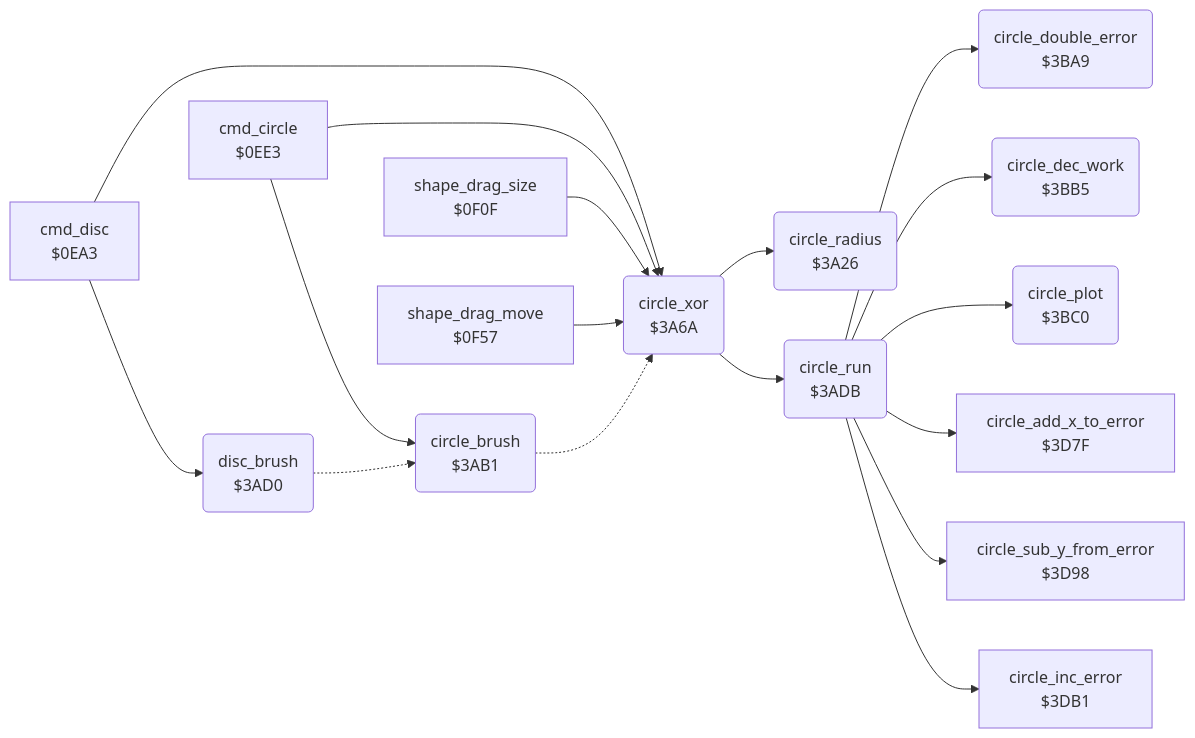
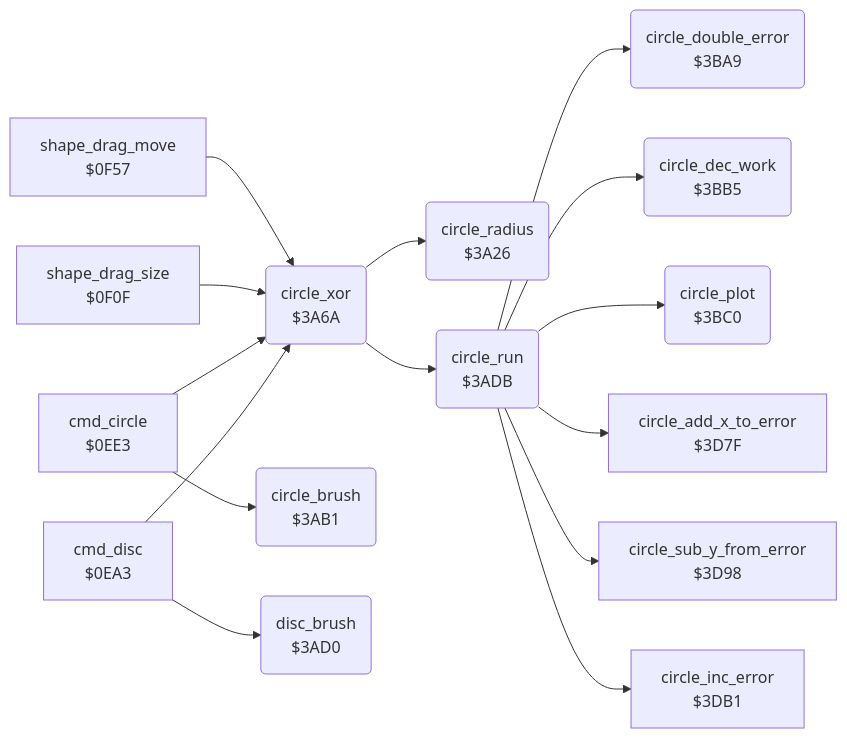
One commit to henols/c64_games changed the diagram in koala_painter/v1/docs/reference/modules/graphics/circle.md. Above: the diagram before and after it, drawn with Mermaid. The commit also changed other lines of this file and 1100 other files, not shown here.

````diff
--- a/koala_painter/v1/docs/reference/modules/graphics/circle.md
+++ b/koala_painter/v1/docs/reference/modules/graphics/circle.md
@@ -10,34 +23,32 @@
 ```mermaid
 flowchart LR
   n0ea3["cmd_disc<br/>$0EA3"]
   n0ee3["cmd_circle<br/>$0EE3"]
   n0f0f["shape_drag_size<br/>$0F0F"]
   n0f57["shape_drag_move<br/>$0F57"]
   n3a26("circle_radius<br/>$3A26")
   n3a6a("circle_xor<br/>$3A6A")
   n3ab1("circle_brush<br/>$3AB1")
   n3ad0("disc_brush<br/>$3AD0")
   n3adb("circle_run<br/>$3ADB")
   n3ba9("circle_double_error<br/>$3BA9")
   n3bb5("circle_dec_work<br/>$3BB5")
   n3bc0("circle_plot<br/>$3BC0")
   n3d7f["circle_add_x_to_error<br/>$3D7F"]
   n3d98["circle_sub_y_from_error<br/>$3D98"]
   n3db1["circle_inc_error<br/>$3DB1"]
   n0ea3 --> n3a6a
   n0ea3 --> n3ad0
   n0ee3 --> n3a6a
   n0ee3 --> n3ab1
   n0f0f --> n3a6a
   n0f57 --> n3a6a
   n3a6a --> n3a26
   n3a6a --> n3adb
-  n3ab1 -.-> n3a6a
-  n3ad0 -.-> n3ab1
   n3adb --> n3ba9
   n3adb --> n3bb5
   n3adb --> n3bc0
   n3adb --> n3d7f
   n3adb --> n3d98
   n3adb --> n3db1
 ```
````
